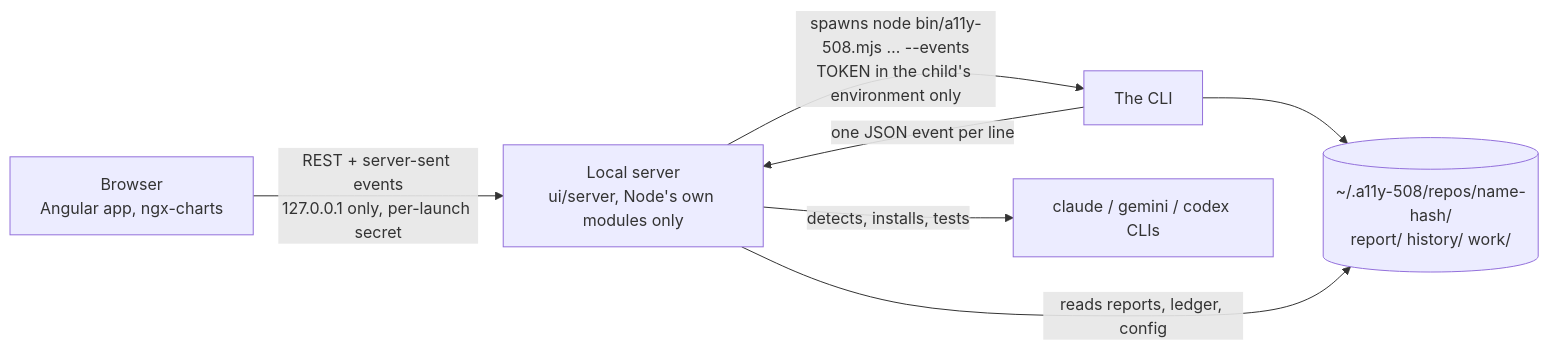
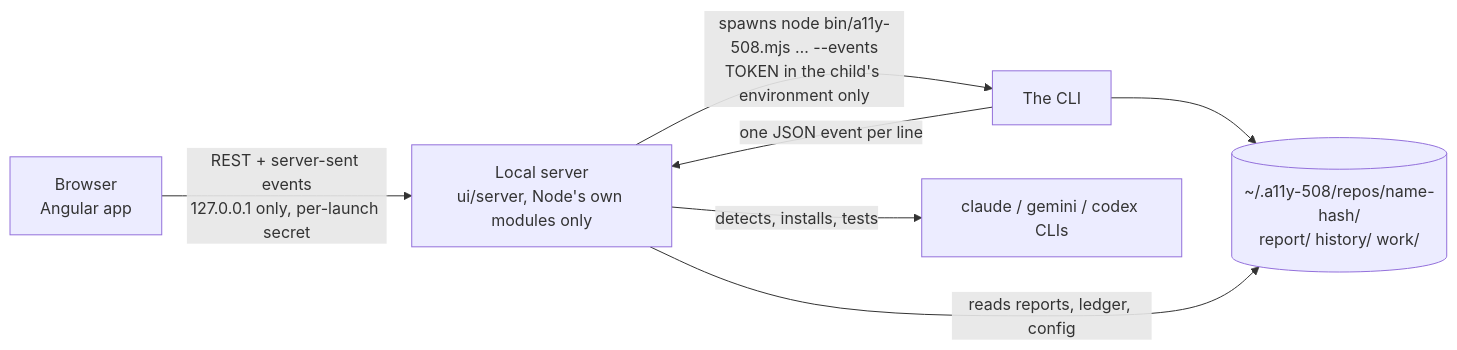
Before and after one commit to AiFirstDevelopment/a11y-508: the third of 3 diagrams in README.md, drawn with Mermaid. The commit also changed other lines of this file and 100 other files, not shown here.

````diff
--- a/README.md
+++ b/README.md
@@ -342,9 +333,9 @@
 ```mermaid
 flowchart LR
-  B[Browser<br/>Angular app, ngx-charts] -- "REST + server-sent events<br/>127.0.0.1 only, per-launch secret" --> S[Local server<br/>ui/server, Node's own modules only]
+  B[Browser<br/>Angular app] -- "REST + server-sent events<br/>127.0.0.1 only, per-launch secret" --> S[Local server<br/>ui/server, Node's own modules only]
   S -- "spawns node bin/a11y-508.mjs … --events<br/>TOKEN in the child's environment only" --> C[The CLI]
   C -- "one JSON event per line" --> S
   C --> R[(~/.a11y-508/repos/name-hash/<br/>report/ history/ work/)]
   S -- "reads reports, ledger, config" --> R
   S -- "detects, installs, tests" --> G[claude / gemini / codex CLIs]
 ```
````
